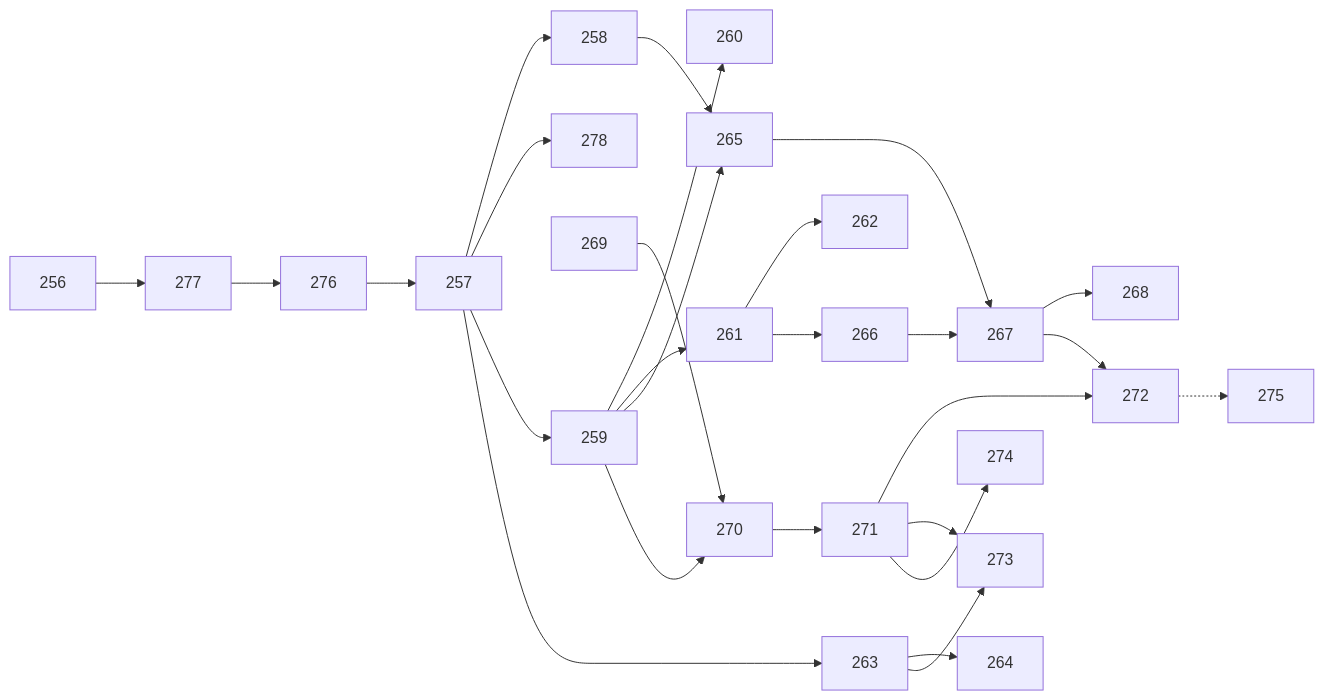
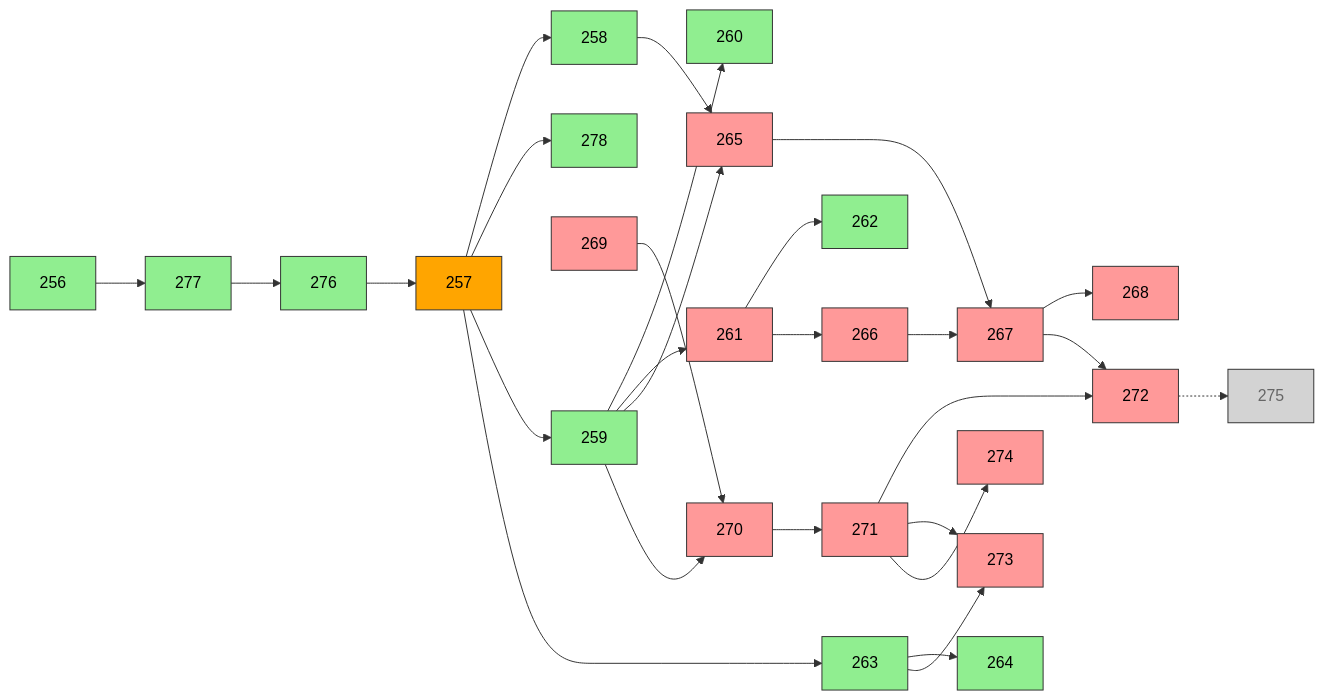
Before and after one commit to eremyperso/assistant-potager: the second of 2 diagrams in docs/EPIC - COMPAGNON CONVERSATIONNEL/CADRAGE_COMPAGNON_ACTIF.md, drawn with Mermaid. The commit also changed other lines of this file and 92 other files, not shown here.

````diff
--- a/docs/EPIC - COMPAGNON CONVERSATIONNEL/CADRAGE_COMPAGNON_ACTIF.md
+++ b/docs/EPIC - COMPAGNON CONVERSATIONNEL/CADRAGE_COMPAGNON_ACTIF.md
@@ -635,19 +637,29 @@
 ```mermaid
 flowchart LR
+    classDef realise fill:#90EE90,stroke:#333,color:#000;
+    classDef encours fill:#FFA500,stroke:#333,color:#000;
+    classDef afaire fill:#FF9999,stroke:#333,color:#000;
+    classDef facultatif fill:#D3D3D3,stroke:#333,color:#666;
+    
     256 --> 277 --> 276 --> 257 --> 258
     257 --> 278
     257 --> 259 --> 260
     259 --> 261 --> 262
     257 --> 263 --> 264
     258 --> 265
     259 --> 265
     261 --> 266 --> 267 --> 268
     265 --> 267
     269 --> 270 --> 271 --> 272
     259 --> 270
     267 --> 272
     263 --> 273
     271 --> 273
     271 --> 274
     272 -.-> 275
+    
+    class 256,258,259,260,262,263,264,276,277,278 realise;
+    class 257 encours;
+    class 261,265,266,267,268,269,270,271,272,273,274 afaire;
+    class 275 facultatif;
 ```
````
